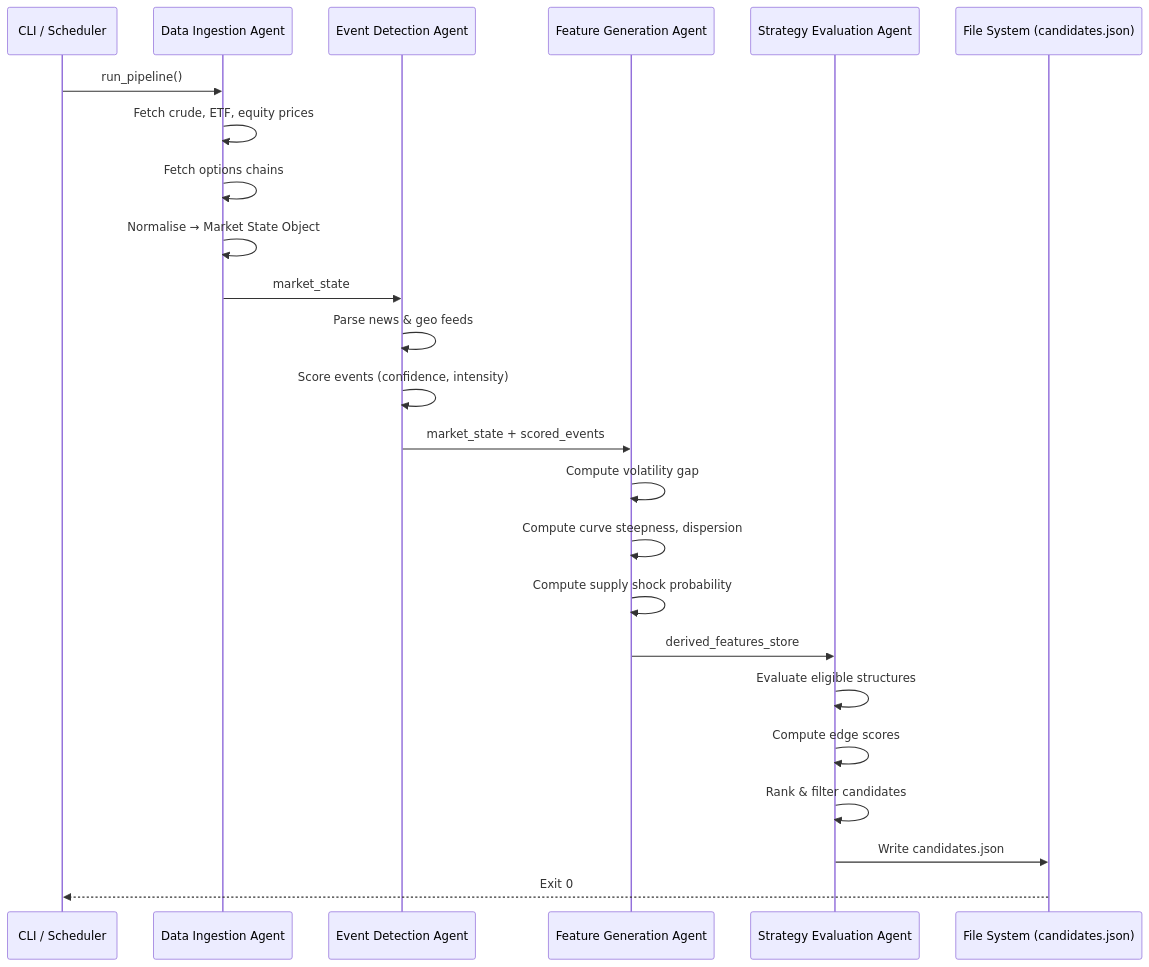
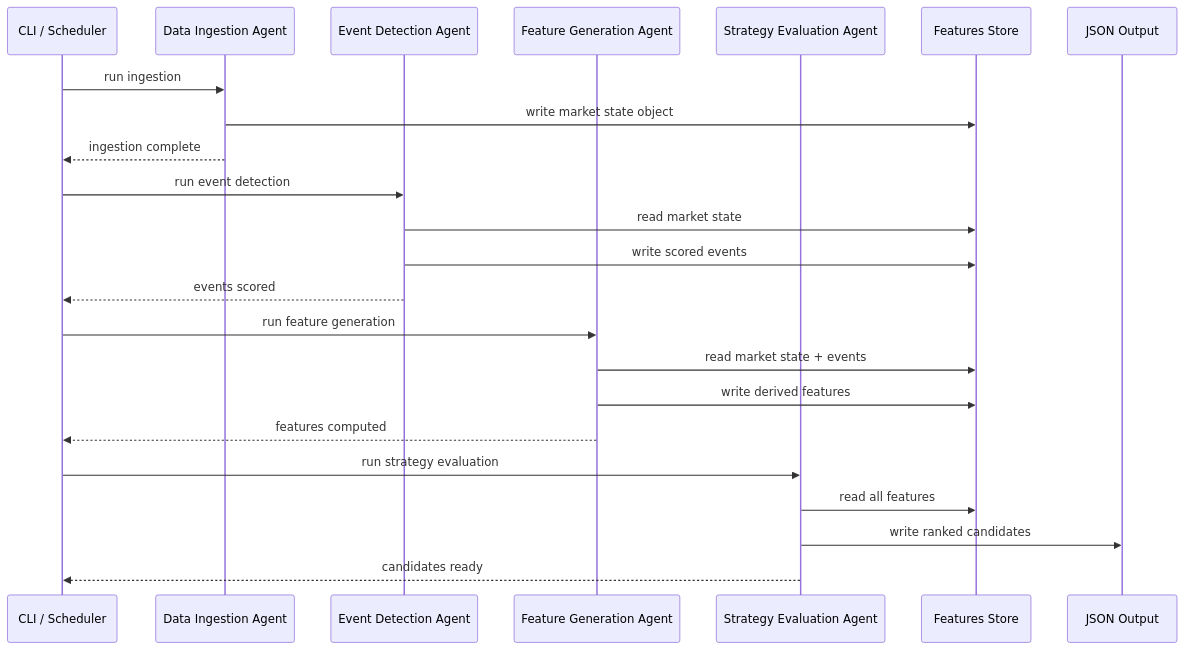
One commit to jeisenback/golden_boy_peanuts changed the second of 2 diagrams in docs/generated/user_guide_full-pipeline.md. Above: the diagram before and after it, drawn with Mermaid. The commit also changed other lines of this file, not shown here.

````diff
--- a/docs/generated/user_guide_full-pipeline.md
+++ b/docs/generated/user_guide_full-pipeline.md
@@ -230,27 +192,29 @@
 ```mermaid
 sequenceDiagram
     participant CLI as CLI / Scheduler
-    participant DIA as Data Ingestion Agent
-    participant EDA as Event Detection Agent
-    participant FGA as Feature Generation Agent
-    participant SEA as Strategy Evaluation Agent
-    participant FS as File System (candidates.json)
+    participant DI as Data Ingestion Agent
+    participant ED as Event Detection Agent
+    participant FG as Feature Generation Agent
+    participant SE as Strategy Evaluation Agent
+    participant FS as Features Store
+    participant OUT as JSON Output
 
-    CLI->>DIA: run_pipeline()
-    DIA->>DIA: Fetch crude, ETF, equity prices
-    DIA->>DIA: Fetch options chains
-    DIA->>DIA: Normalise → Market State Object
-    DIA->>EDA: market_state
-    EDA->>EDA: Parse news & geo feeds
-    EDA->>EDA: Score events (confidence, intensity)
-    EDA->>FGA: market_state + scored_events
-    FGA->>FGA: Compute volatility gap
-    FGA->>FGA: Compute curve steepness, dispersion
-    FGA->>FGA: Compute supply shock probability
-    FGA->>SEA: derived_features_store
-    SEA->>SEA: Evaluate eligible structures
-    SEA->>SEA: Compute edge scores
-    SEA->>SEA: Rank & filter candidates
-    SEA->>FS: Write candidates.json
-    FS-->>CLI: Exit 0
+    CLI->>DI: run ingestion
+    DI->>FS: write market state object
+    DI-->>CLI: ingestion complete
+
+    CLI->>ED: run event detection
+    ED->>FS: read market state
+    ED->>FS: write scored events
+    ED-->>CLI: events scored
+
+    CLI->>FG: run feature generation
+    FG->>FS: read market state + events
+    FG->>FS: write derived features
+    FG-->>CLI: features computed
+
+    CLI->>SE: run strategy evaluation
+    SE->>FS: read all features
+    SE->>OUT: write ranked candidates
+    SE-->>CLI: candidates ready
 ```
````
